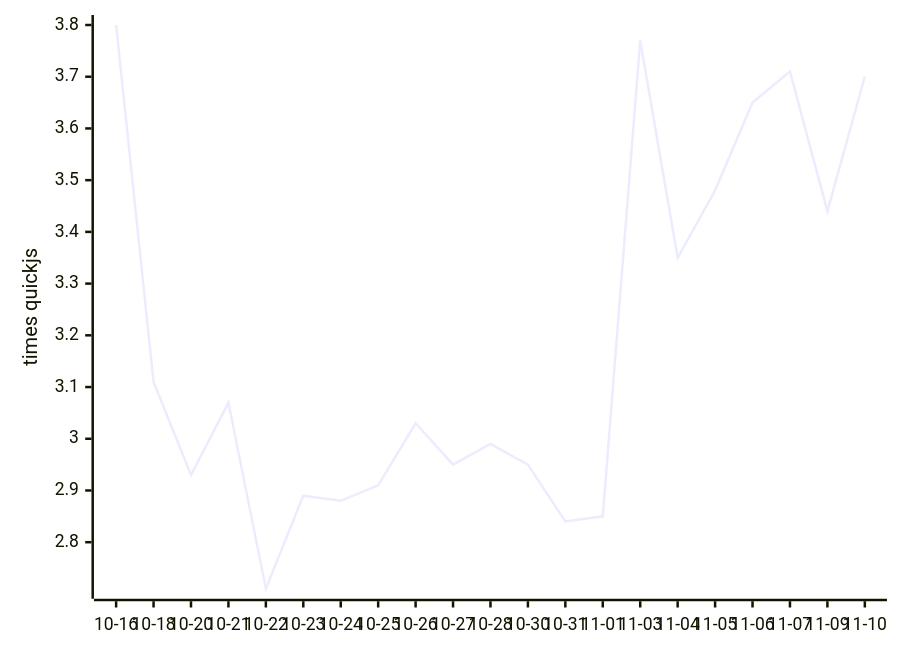
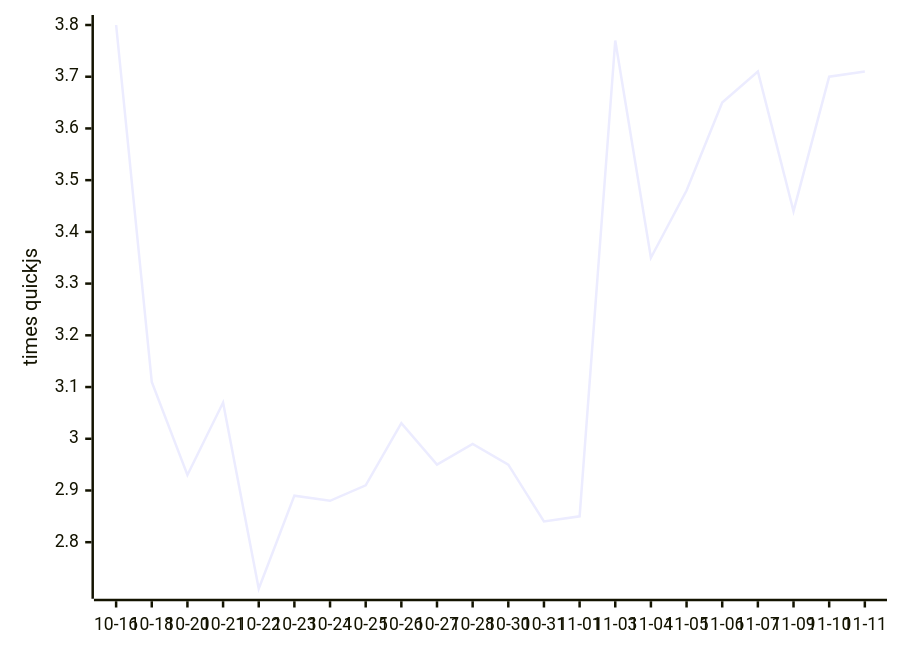
The diagram in README.md (mozzius/kahvi), drawn with Mermaid before and after one commit. The commit also changed other lines of this file and 1 other file, not shown here.

````diff
--- a/README.md
+++ b/README.md
@@ -9,6 +9,6 @@
 ```mermaid
 xychart-beta
-  x-axis ["10-16", "10-18", "10-20", "10-21", "10-22", "10-23", "10-24", "10-25", "10-26", "10-27", "10-28", "10-30", "10-31", "11-01", "11-03", "11-04", "11-05", "11-06", "11-07", "11-09", "11-10"]
+  x-axis ["10-16", "10-18", "10-20", "10-21", "10-22", "10-23", "10-24", "10-25", "10-26", "10-27", "10-28", "10-30", "10-31", "11-01", "11-03", "11-04", "11-05", "11-06", "11-07", "11-09", "11-10", "11-11"]
   y-axis "times quickjs"
-  line [3.80, 3.11, 2.93, 3.07, 2.71, 2.89, 2.88, 2.91, 3.03, 2.95, 2.99, 2.95, 2.84, 2.85, 3.77, 3.35, 3.48, 3.65, 3.71, 3.44, 3.70]
+  line [3.80, 3.11, 2.93, 3.07, 2.71, 2.89, 2.88, 2.91, 3.03, 2.95, 2.99, 2.95, 2.84, 2.85, 3.77, 3.35, 3.48, 3.65, 3.71, 3.44, 3.70, 3.71]
 ```
````
